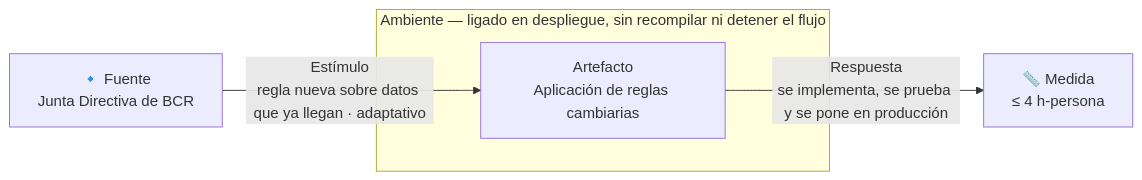
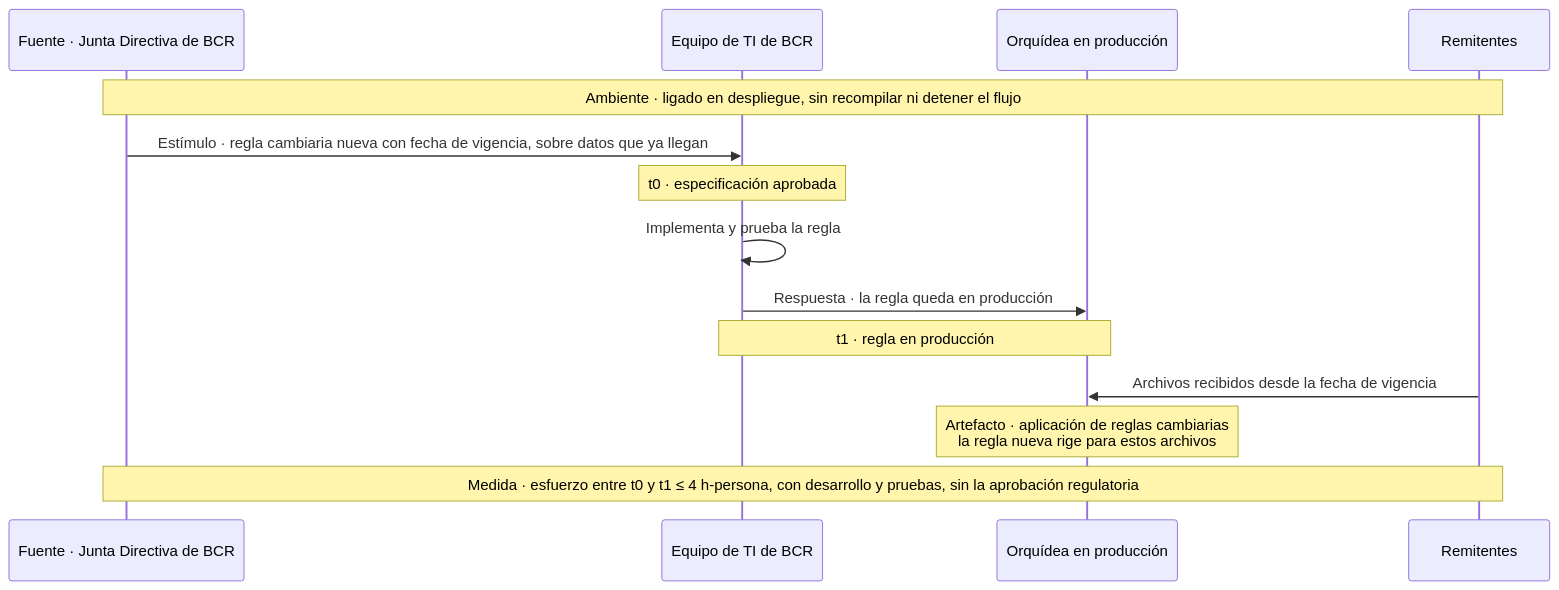
The fourth of 17 diagrams in docs/quality-attributes.md (MATI-MBIT/arqsoft-reto-4), drawn with Mermaid before and after one commit. The commit also changed other lines of this file, not shown here.

Commit message:
Cambia los diagramas de los ASR por diagramas de secuencia con t0, t1 y la medida

````diff
--- a/docs/quality-attributes.md
+++ b/docs/quality-attributes.md
@@ -222,9 +246,16 @@
 ```mermaid
-flowchart LR
-    F["🔹 Fuente<br/>Junta Directiva de BCR"]
-    F -- "Estímulo<br/>regla nueva sobre datos que ya llegan · adaptativo" --> A
-    subgraph AMB["Ambiente — ligado en despliegue, sin recompilar ni detener el flujo"]
-        A["Artefacto<br/>Aplicación de reglas cambiarias"]
-    end
-    A -- "Respuesta<br/>se implementa, se prueba y se pone en producción" --> M["📏 Medida<br/>≤ 4 h-persona"]
+sequenceDiagram
+    participant J as Fuente · Junta Directiva de BCR
+    participant T as Equipo de TI de BCR
+    participant O as Orquídea en producción
+    participant R as Remitentes
+    Note over J,R: Ambiente · ligado en despliegue, sin recompilar ni detener el flujo
+    J->>T: Estímulo · regla cambiaria nueva con fecha de vigencia, sobre datos que ya llegan
+    Note over T: t0 · especificación aprobada
+    T->>T: Implementa y prueba la regla
+    T->>O: Respuesta · la regla queda en producción
+    Note over T,O: t1 · regla en producción
+    R->>O: Archivos recibidos desde la fecha de vigencia
+    Note over O: Artefacto · aplicación de reglas cambiarias<br/>la regla nueva rige para estos archivos
+    Note over J,R: Medida · esfuerzo entre t0 y t1 ≤ 4 h-persona, con desarrollo y pruebas, sin la aprobación regulatoria
 ```
````
